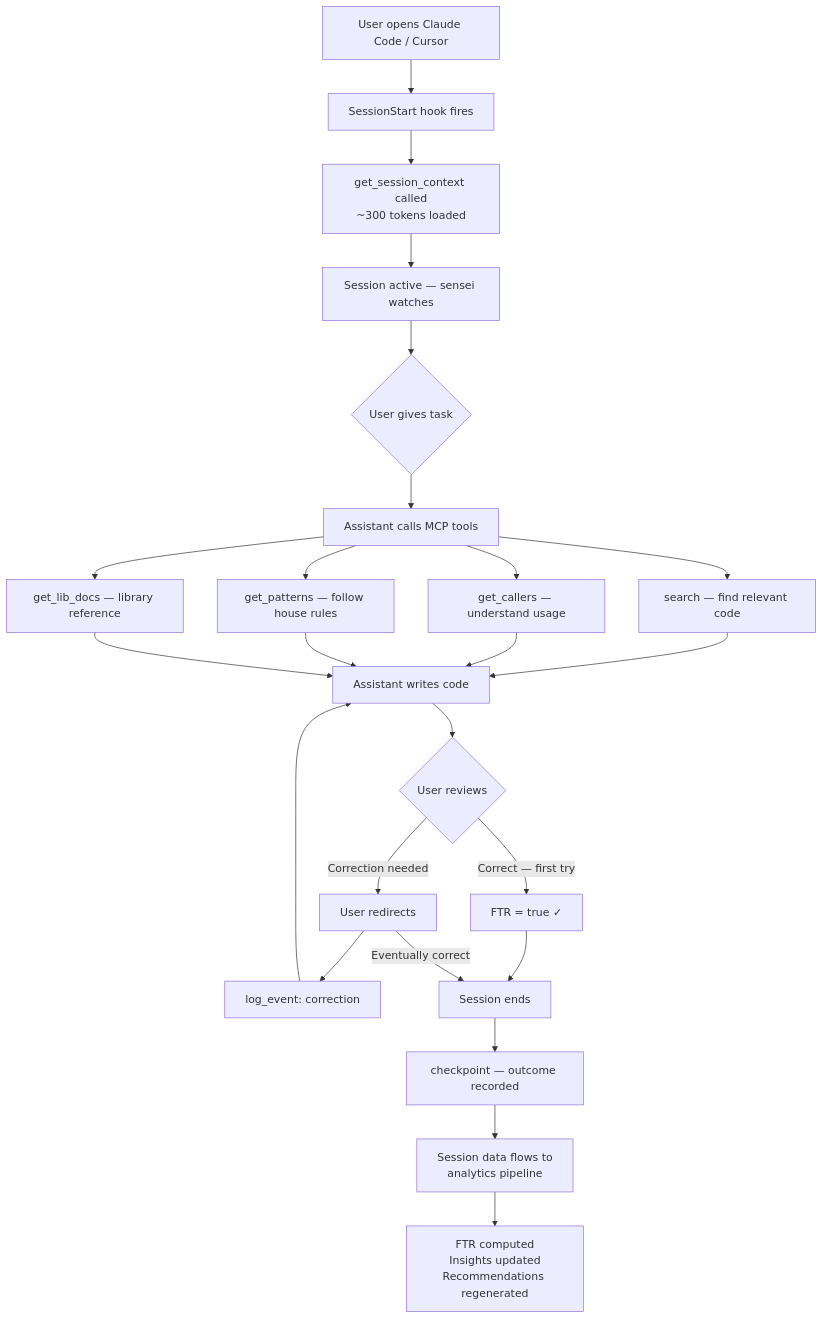
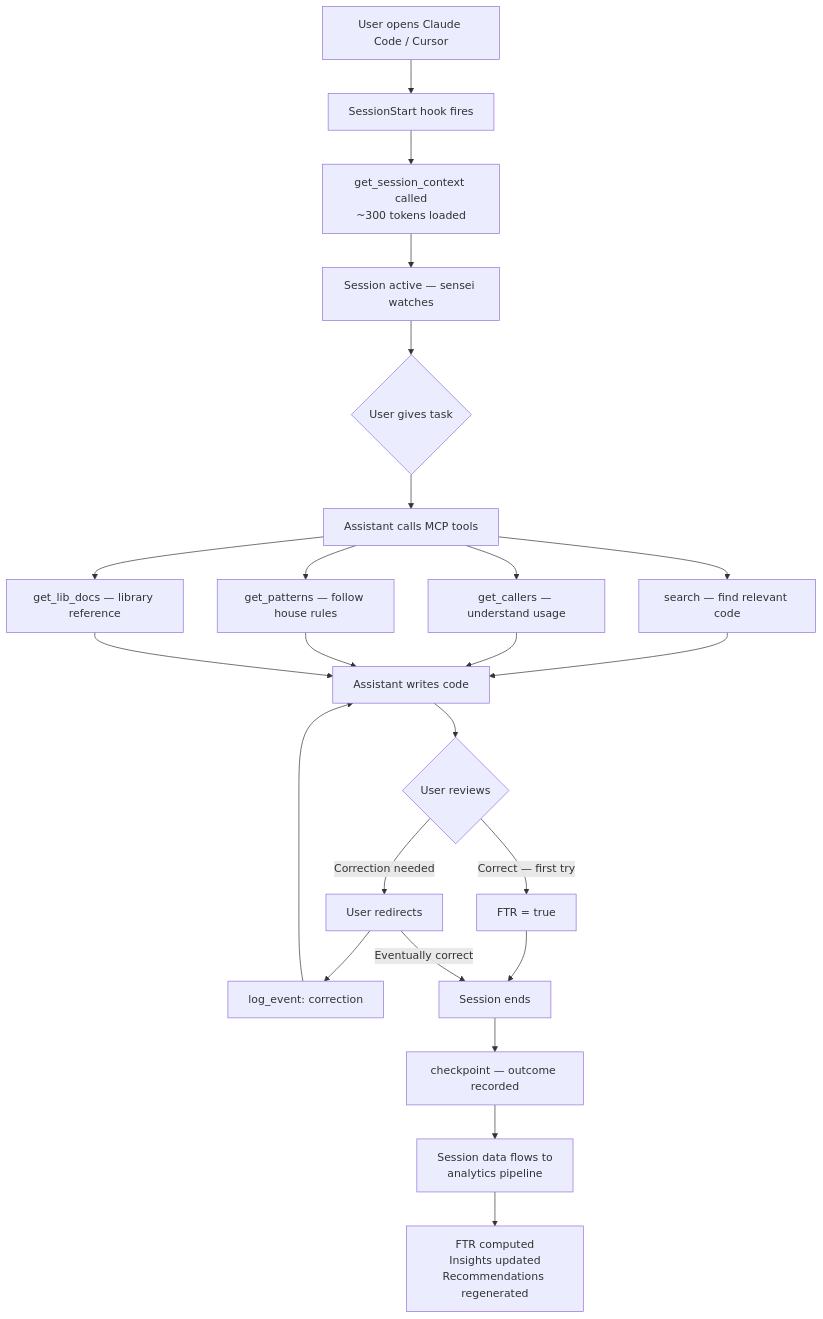
Before and after one commit to sensei-hq/sensei: the first of 3 diagrams in docs/journeys/04-work-with-assistants.md, drawn with Mermaid. The commit also changed other lines of this file and 7 other files, not shown here.

````diff
--- a/docs/journeys/04-work-with-assistants.md
+++ b/docs/journeys/04-work-with-assistants.md
@@ -16,26 +16,26 @@
 ```mermaid
 flowchart TD
     A[User opens Claude Code / Cursor] --> B[SessionStart hook fires]
     B --> C[get_session_context called\n~300 tokens loaded]
     C --> D[Session active — sensei watches]
 
     D --> E{User gives task}
     E --> F[Assistant calls MCP tools]
     F --> F1[search — find relevant code]
     F --> F2[get_callers — understand usage]
     F --> F3[get_patterns — follow house rules]
     F --> F4[get_lib_docs — library reference]
 
     F1 & F2 & F3 & F4 --> G[Assistant writes code]
     G --> H{User reviews}
-    H -->|Correct — first try| I[FTR = true ✓]
+    H -->|Correct — first try| I[FTR = true]
     H -->|Correction needed| J[User redirects]
     J --> K[log_event: correction]
     K --> G
 
     I --> L[Session ends]
     J -->|Eventually correct| L
     L --> M[checkpoint — outcome recorded]
     M --> N[Session data flows to\nanalytics pipeline]
     N --> O[FTR computed\nInsights updated\nRecommendations regenerated]
 ```
````
